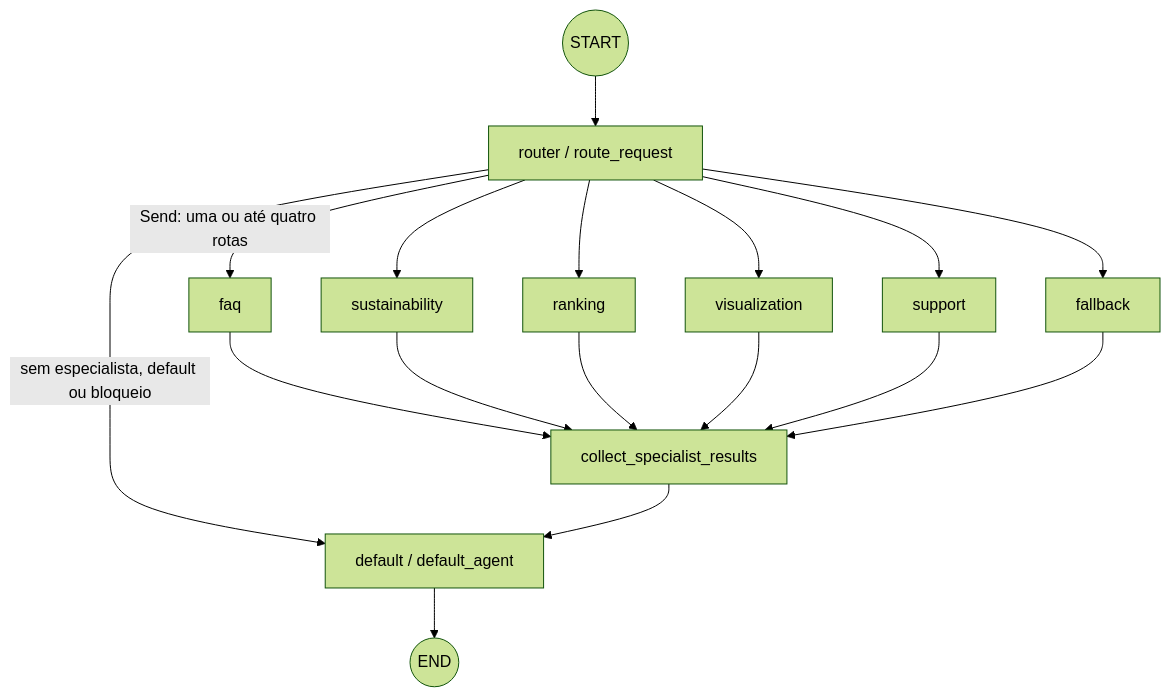
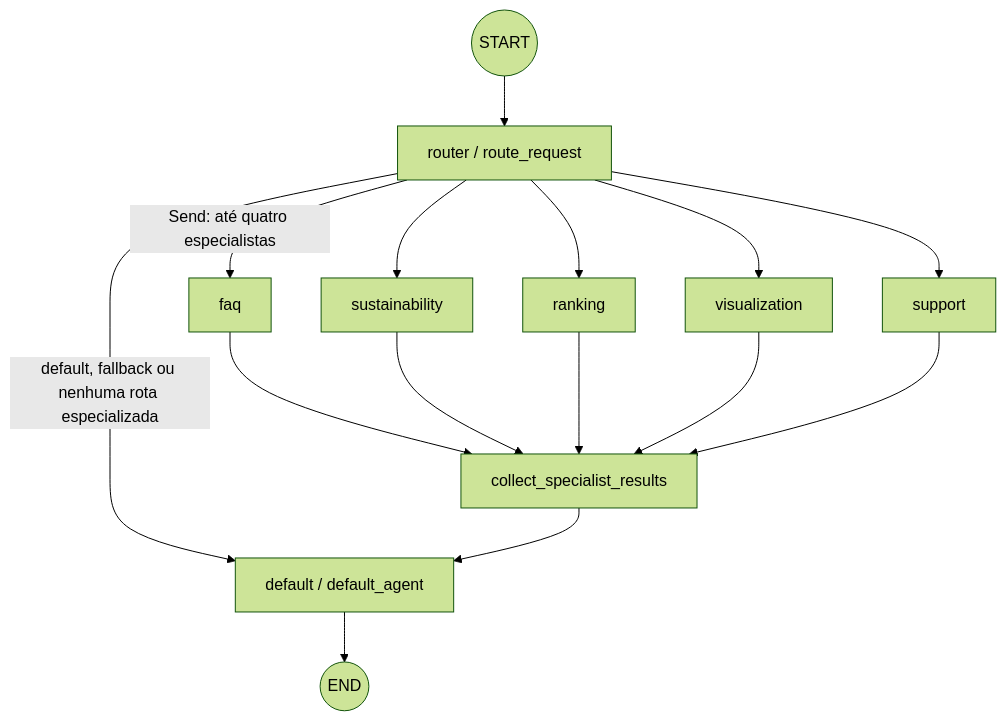
Before and after one commit to Ouros-App/ms-ai-server: the second of 2 diagrams in README.md, drawn with Mermaid (forest theme). The commit also changed other lines of this file, not shown here.

Commit message:
docs: correct architecture diagrams per CodeRabbit review

````diff
--- a/README.md
+++ b/README.md
@@ -79,19 +91,17 @@
 ```mermaid
 flowchart TD
     START((START)) --> R["router / route_request"]
-    R -->|"sem especialista, default ou bloqueio"| D["default / default_agent"]
-    R -->|"Send: uma ou até quatro rotas"| F["faq"]
+    R -->|"default, fallback ou nenhuma rota especializada"| D["default / default_agent"]
+    R -->|"Send: até quatro especialistas"| F["faq"]
     R --> S["sustainability"]
     R --> K["ranking"]
     R --> V["visualization"]
     R --> U["support"]
-    R --> B["fallback"]
     F --> C["collect_specialist_results"]
     S --> C
     K --> C
     V --> C
     U --> C
-    B --> C
     C --> D
     D --> E((END))
 ```
````
